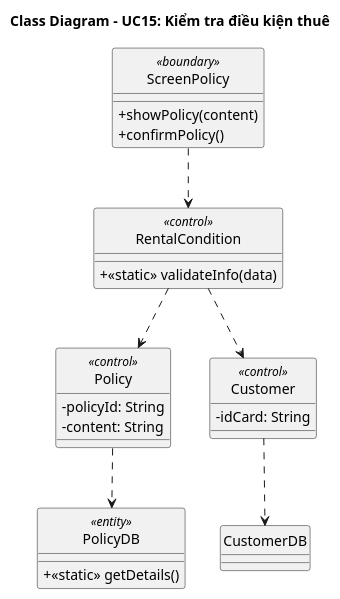
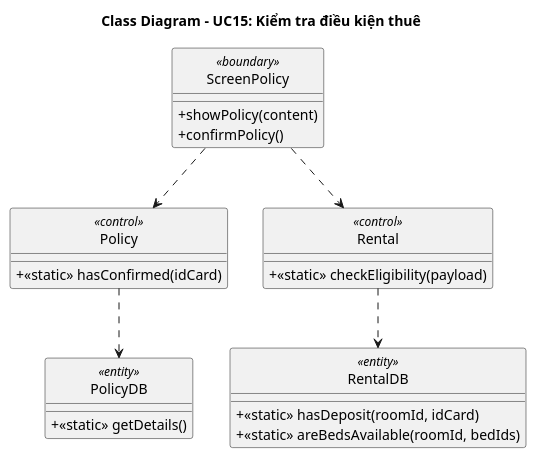
Before and after one commit to Gnourt812005/HCMUS-Analyze-and-desgin-IS: the diagram in doc/system/kiem_tra_dieu_kien_thue/KiemTraDieuKienThue_ClassDiagram.wsd, drawn with PlantUML. The commit also changed 15 other files, not shown here.

```diff
--- a/doc/system/kiem_tra_dieu_kien_thue/KiemTraDieuKienThue_ClassDiagram.wsd
+++ b/doc/system/kiem_tra_dieu_kien_thue/KiemTraDieuKienThue_ClassDiagram.wsd
@@ -1,37 +1,35 @@
 @startuml KiemTraDieuKienThue_ClassDiagram
 skinparam classAttributeIconSize 0
 skinparam style strictuml
 title Class Diagram - UC15: Kiểm tra điều kiện thuê
 
 ' --- BOUNDARY LAYER ---
 class "ScreenPolicy" as ScreenPolicy <<boundary>> {
     + showPolicy(content)
     + confirmPolicy()
 }
 
 ' --- BUSINESS LAYER ---
 class "Policy" as Policy <<control>> {
-    - policyId: String
-    - content: String
+    + <<static>> hasConfirmed(idCard)
 }
 
-class "Customer" as Customer <<control>> {
-    - idCard: String
-}
-
-class "RentalCondition" as RentalCondition <<control>> {
-    + <<static>> validateInfo(data)
+class "Rental" as Rental <<control>> {
+    + <<static>> checkEligibility(payload)
 }
 
 ' --- DATABASE LAYER ---
 class "PolicyDB" as PolicyDB <<entity>> {
     + <<static>> getDetails()
 }
+class "RentalDB" as RentalDB <<entity>> {
+    + <<static>> hasDeposit(roomId, idCard)
+    + <<static>> areBedsAvailable(roomId, bedIds)
+}
 
-"ScreenPolicy" ..> "RentalCondition"
-"RentalCondition" ..> "Policy"
-"RentalCondition" ..> "Customer"
+"ScreenPolicy" ..> "Policy"
+"ScreenPolicy" ..> "Rental"
+"Rental" ..> "RentalDB"
 "Policy" ..> "PolicyDB"
-"Customer" ..> "CustomerDB"
 
 @enduml
```
